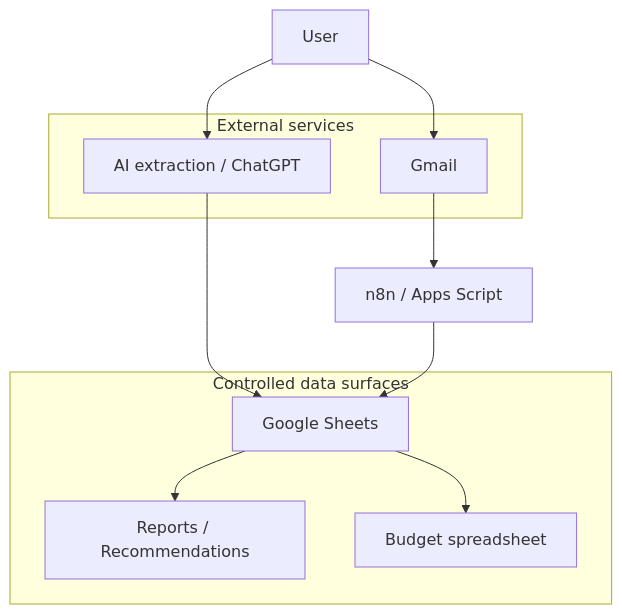
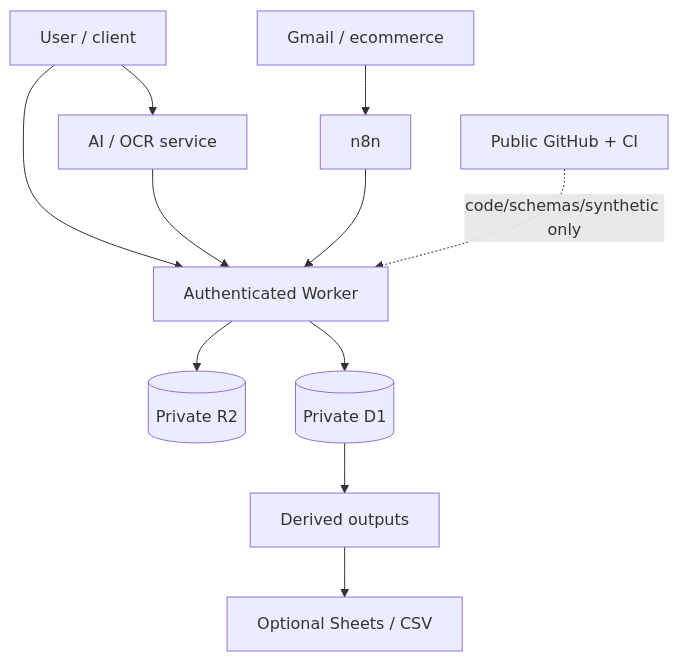
One commit to ryjen/shopping-inventory changed the diagram in docs/security/threat-model-and-privacy.md. Above: the diagram before and after it, drawn with Mermaid. The commit also changed other lines of this file and 5 other files, not shown here.

First line of the commit message:
Reconcile architecture and roadmap with implemented substrate (#32)

````diff
--- a/docs/security/threat-model-and-privacy.md
+++ b/docs/security/threat-model-and-privacy.md
@@ -33,21 +34,25 @@
 ```mermaid
 flowchart TD
-  User[User] --> AI[AI extraction / ChatGPT]
-  User --> Gmail[Gmail]
-  Gmail --> Workflow[n8n / Apps Script]
-  AI --> Sheets[Google Sheets]
-  Workflow --> Sheets
-  Sheets --> Reports[Reports / Recommendations]
-  Sheets --> Budget[Budget spreadsheet]
+  User[User / client]
+  AI[AI / OCR service]
+  Gmail[Gmail / ecommerce]
+  N8N[n8n]
+  Worker[Authenticated Worker]
+  R2[(Private R2)]
+  D1[(Private D1)]
+  Derived[Derived outputs]
+  Sheets[Optional Sheets / CSV]
+  Git[Public GitHub + CI]
 
-  subgraph ExternalServices[External services]
-    AI
-    Gmail
-  end
+  User --> Worker
+  User --> AI
+  AI --> Worker
+  Gmail --> N8N
+  N8N --> Worker
+  Worker --> R2
+  Worker --> D1
+  D1 --> Derived
+  Derived --> Sheets
 
-  subgraph ControlledData[Controlled data surfaces]
-    Sheets
-    Reports
-    Budget
-  end
+  Git -. code/schemas/synthetic only .-> Worker
 ```
````
